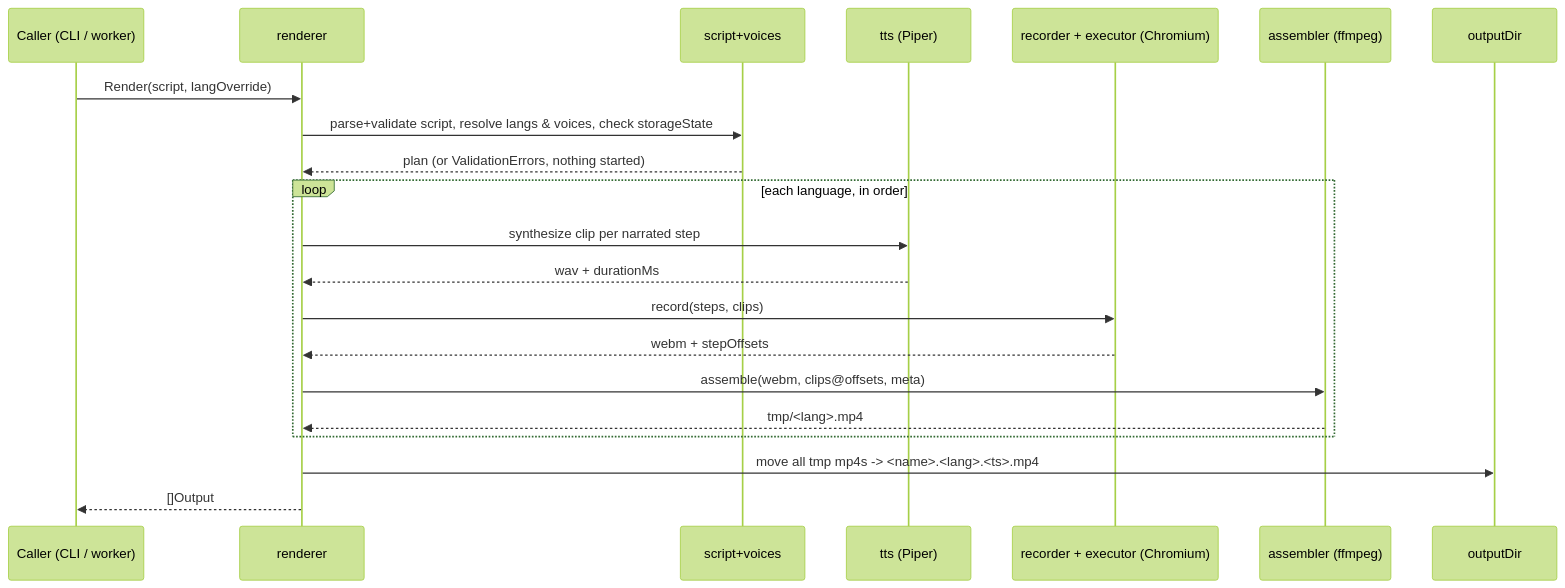
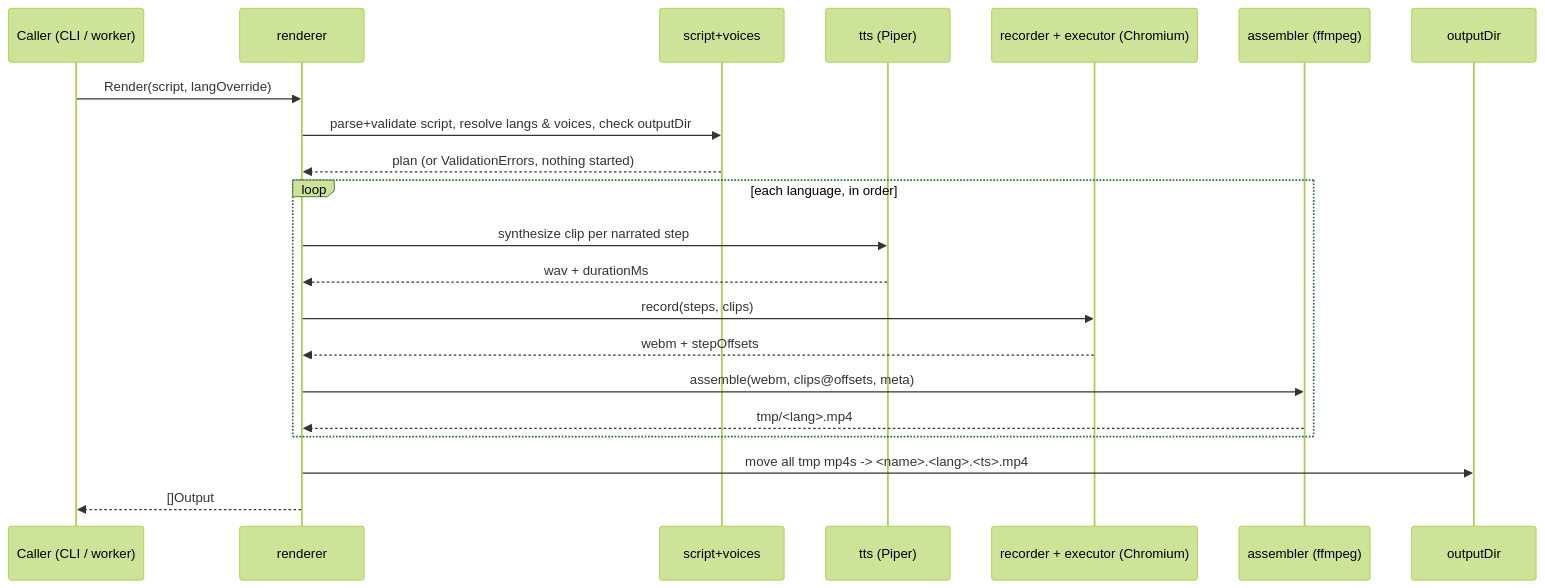
One commit to makuchpatryk/screencaster changed the second of 3 diagrams in docs/ARCHITECTURE.md. Above: the diagram before and after it, drawn with Mermaid (forest theme). The commit also changed other lines of this file and 30 other files, not shown here.

````diff
--- a/docs/ARCHITECTURE.md
+++ b/docs/ARCHITECTURE.md
@@ -91,24 +91,24 @@
 ```mermaid
 sequenceDiagram
     participant C as Caller (CLI / worker)
     participant R as renderer
     participant V as script+voices
     participant T as tts (Piper)
     participant B as recorder + executor (Chromium)
     participant A as assembler (ffmpeg)
     participant FS as outputDir
 
     C->>R: Render(script, langOverride)
-    R->>V: parse+validate script, resolve langs & voices, check storageState
+    R->>V: parse+validate script, resolve langs & voices, check outputDir
     V-->>R: plan (or ValidationErrors, nothing started)
     loop each language, in order
         R->>T: synthesize clip per narrated step
         T-->>R: wav + durationMs
         R->>B: record(steps, clips)
         B-->>R: webm + stepOffsets
         R->>A: assemble(webm, clips@offsets, meta)
         A-->>R: tmp/<lang>.mp4
     end
     R->>FS: move all tmp mp4s -> <name>.<lang>.<ts>.mp4
     R-->>C: []Output
 ```
````
